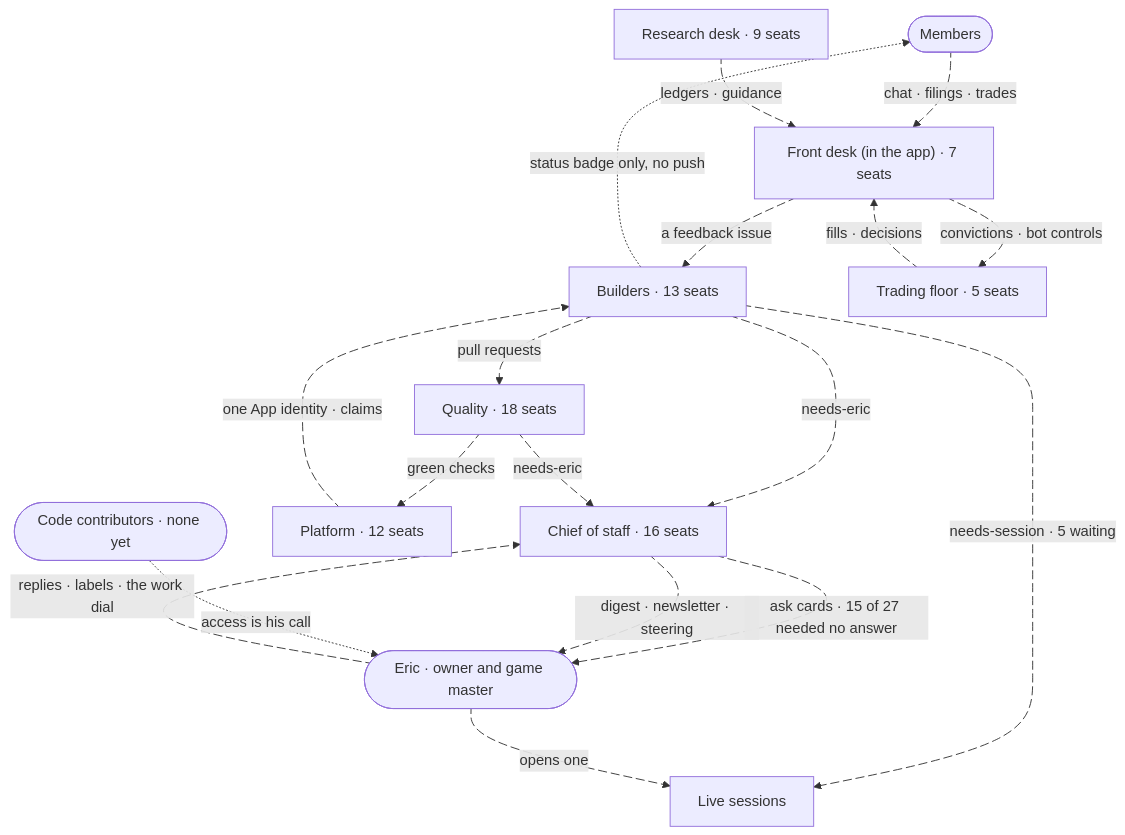
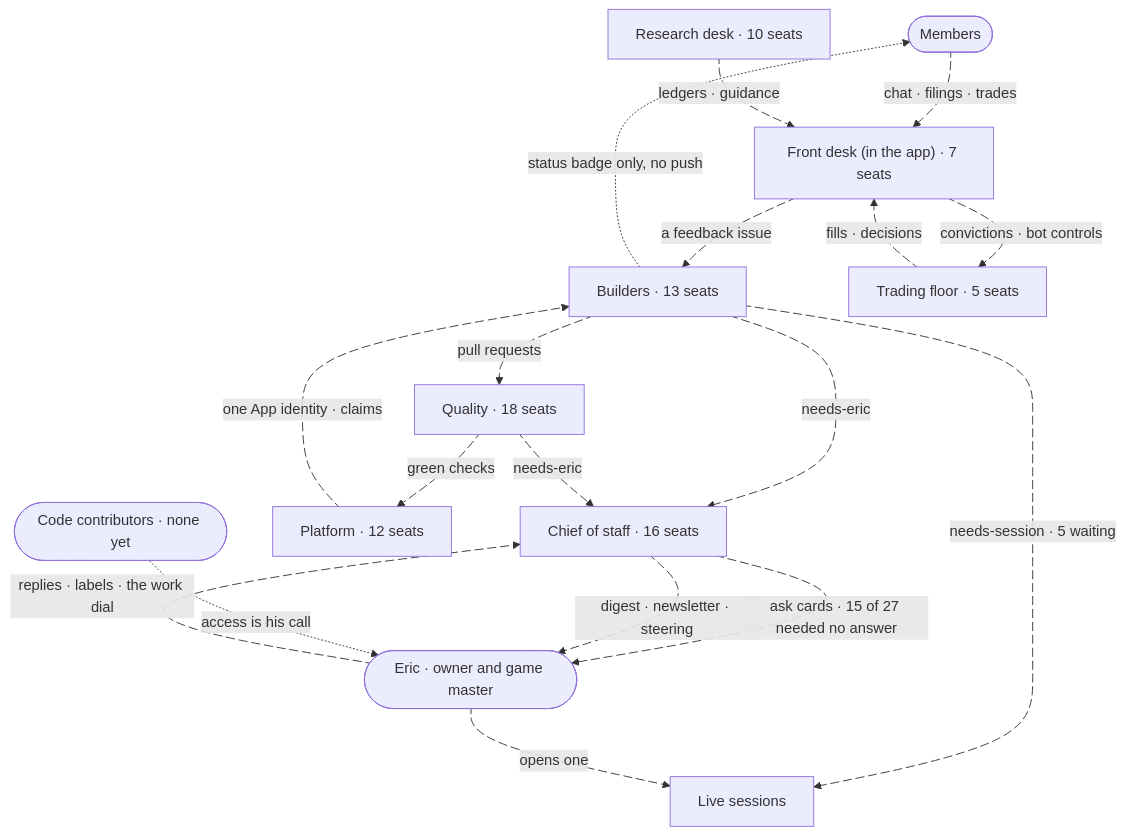
Before and after one commit to ejclark/skynet-capital: the diagram in docs/architecture/org-chart.md, drawn with Mermaid. The commit also changed other lines of this file and 20 other files, not shown here.

````diff
--- a/docs/architecture/org-chart.md
+++ b/docs/architecture/org-chart.md
@@ -13,46 +13,46 @@
 ```mermaid
 flowchart TD
   members(["Members"])
   front_desk["Front desk (in the app) · 7 seats"]
   build["Builders · 13 seats"]
   staff["Chief of staff · 16 seats"]
   quality["Quality · 18 seats"]
   owner(["Eric · owner and game master"])
   live_sessions["Live sessions"]
   platform["Platform · 12 seats"]
-  research["Research desk · 9 seats"]
+  research["Research desk · 10 seats"]
   trading["Trading floor · 5 seats"]
   contributors(["Code contributors · none yet"])
   members e0@-->|"chat · filings · trades"| front_desk
   front_desk e1@-->|"a feedback issue"| build
   build -.->|"status badge only, no push"| members
   build e3@-->|"needs-eric"| staff
   quality e4@-->|"needs-eric"| staff
   staff e5@-->|"ask cards · 15 of 27 needed no answer"| owner
   staff e6@-->|"digest · newsletter · steering"| owner
   owner e7@-->|"replies · labels · the work dial"| staff
   build e8@-->|"needs-session · 5 waiting"| live_sessions
   owner e9@-->|"opens one"| live_sessions
   build e10@-->|"pull requests"| quality
   quality e11@-->|"green checks"| platform
   platform e12@-->|"one App identity · claims"| build
   research e13@-->|"ledgers · guidance"| front_desk
   trading e14@-->|"fills · decisions"| front_desk
   front_desk e15@-->|"convictions · bot controls"| trading
   contributors -.->|"access is his call"| owner
   e0@{ animate: true }
   e1@{ animate: true }
   e3@{ animate: true }
   e4@{ animate: true }
   e5@{ animate: true }
   e6@{ animate: true }
   e7@{ animate: true }
   e8@{ animate: true }
   e9@{ animate: true }
   e10@{ animate: true }
   e11@{ animate: true }
   e12@{ animate: true }
   e13@{ animate: true }
   e14@{ animate: true }
   e15@{ animate: true }
 ```
````
